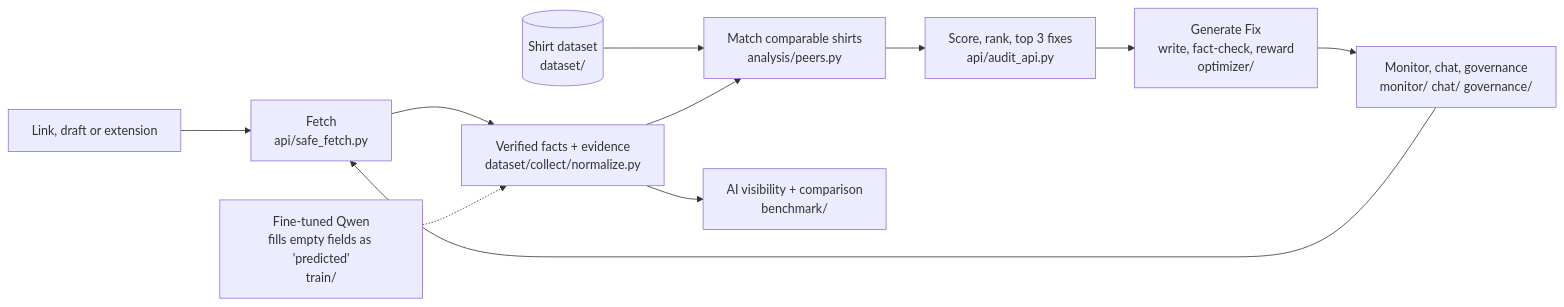
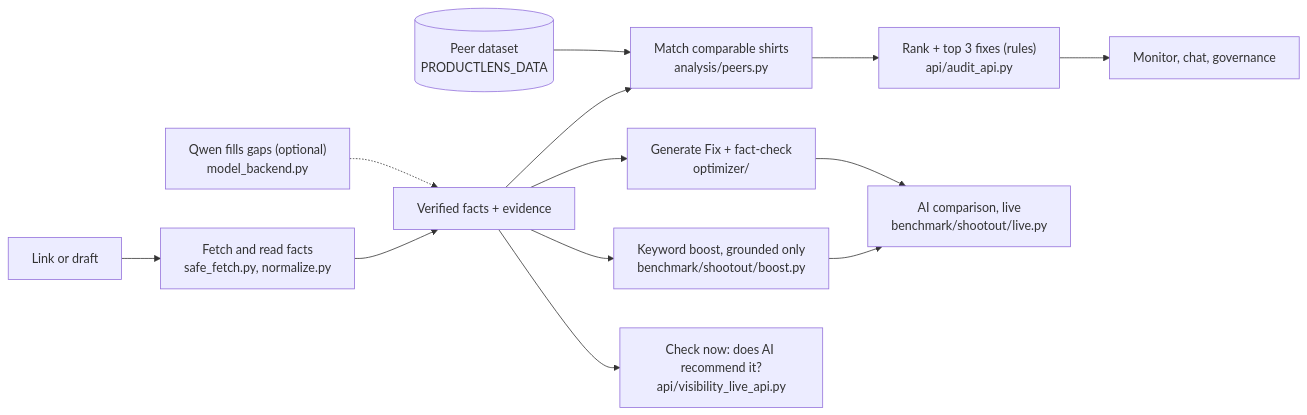
Before and after one commit to 1n1t6Sh3ll/Aparece: the diagram in README.md, drawn with Mermaid. The commit also changed other lines of this file, not shown here.

First line of the commit message:
README: compact rewrite with updated flowchart, AI file map, run guide and results

````diff
--- a/README.md
+++ b/README.md
@@ -31,13 +30,14 @@
 ```mermaid
 flowchart LR
-    U["Link, draft or extension"] --> F["Fetch<br/>api/safe_fetch.py"]
-    F --> V["Verified facts + evidence<br/>dataset/collect/normalize.py"]
-    Q["Fine-tuned Qwen<br/>fills empty fields as 'predicted'<br/>train/"] -.-> V
-    D[("Shirt dataset<br/>dataset/")] --> M
-    V --> M["Match comparable shirts<br/>analysis/peers.py"]
-    M --> S["Score, rank, top 3 fixes<br/>api/audit_api.py"]
-    S --> G["Generate Fix<br/>write, fact-check, reward<br/>optimizer/"]
-    V --> B["AI visibility + comparison<br/>benchmark/"]
-    G --> N["Monitor, chat, governance<br/>monitor/ chat/ governance/"]
-    N --> F
+    U["Link or draft"] --> F["Fetch and read facts<br/>safe_fetch.py, normalize.py"]
+    Q["Qwen fills gaps (optional)<br/>model_backend.py"] -.-> V
+    F --> V["Verified facts + evidence"]
+    P[("Peer dataset<br/>PRODUCTLENS_DATA")] --> M["Match comparable shirts<br/>analysis/peers.py"]
+    V --> M --> S["Rank + top 3 fixes (rules)<br/>api/audit_api.py"]
+    V --> G["Generate Fix + fact-check<br/>optimizer/"]
+    V --> K["Keyword boost, grounded only<br/>benchmark/shootout/boost.py"]
+    G --> C["AI comparison, live<br/>benchmark/shootout/live.py"]
+    K --> C
+    V --> L["Check now: does AI recommend it?<br/>api/visibility_live_api.py"]
+    S --> N["Monitor, chat, governance"]
 ```
````
